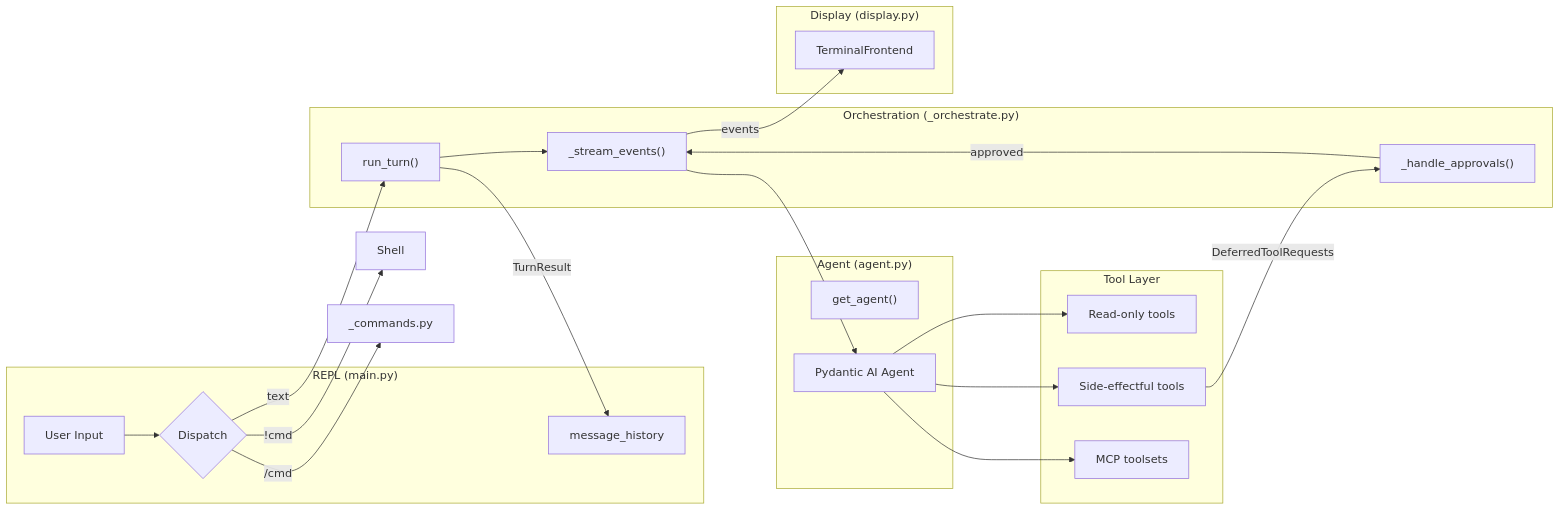
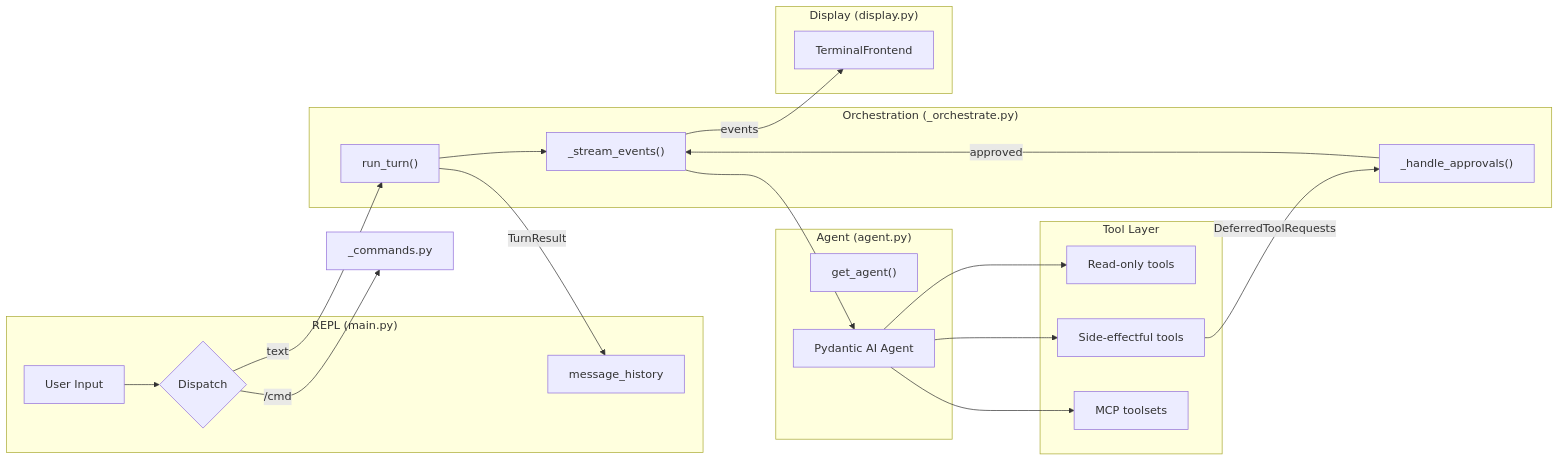
One commit to binlecode/co-cli changed the diagram in docs/DESIGN-01-agent-chat-loop.md. Above: the diagram before and after it, drawn with Mermaid. The commit also changed other lines of this file and 32 other files, not shown here.

````diff
--- a/docs/DESIGN-01-agent-chat-loop.md
+++ b/docs/DESIGN-01-agent-chat-loop.md
@@ -19,43 +19,42 @@
 ```mermaid
 graph LR
     subgraph REPL ["REPL (main.py)"]
         Input[User Input]
         Dispatch{Dispatch}
         History[message_history]
     end
 
     subgraph Orchestration ["Orchestration (_orchestrate.py)"]
         RunTurn["run_turn()"]
         Stream["_stream_events()"]
         Approve["_handle_approvals()"]
     end
 
     subgraph Agent ["Agent (agent.py)"]
         Factory["get_agent()"]
         PydanticAgent[Pydantic AI Agent]
     end
 
     subgraph Display ["Display (display.py)"]
         Frontend[TerminalFrontend]
     end
 
     subgraph Tools ["Tool Layer"]
         ReadOnly[Read-only tools]
         SideEffect[Side-effectful tools]
         MCP[MCP toolsets]
     end
 
     Input --> Dispatch
     Dispatch -->|text| RunTurn
-    Dispatch -->|!cmd| Shell[Shell]
     Dispatch -->|/cmd| SlashCmd[_commands.py]
     RunTurn --> Stream
     Stream --> PydanticAgent
     PydanticAgent --> ReadOnly
     PydanticAgent --> SideEffect
     PydanticAgent --> MCP
     SideEffect -->|DeferredToolRequests| Approve
     Approve -->|approved| Stream
     Stream -->|events| Frontend
     RunTurn -->|TurnResult| History
 ```
````
